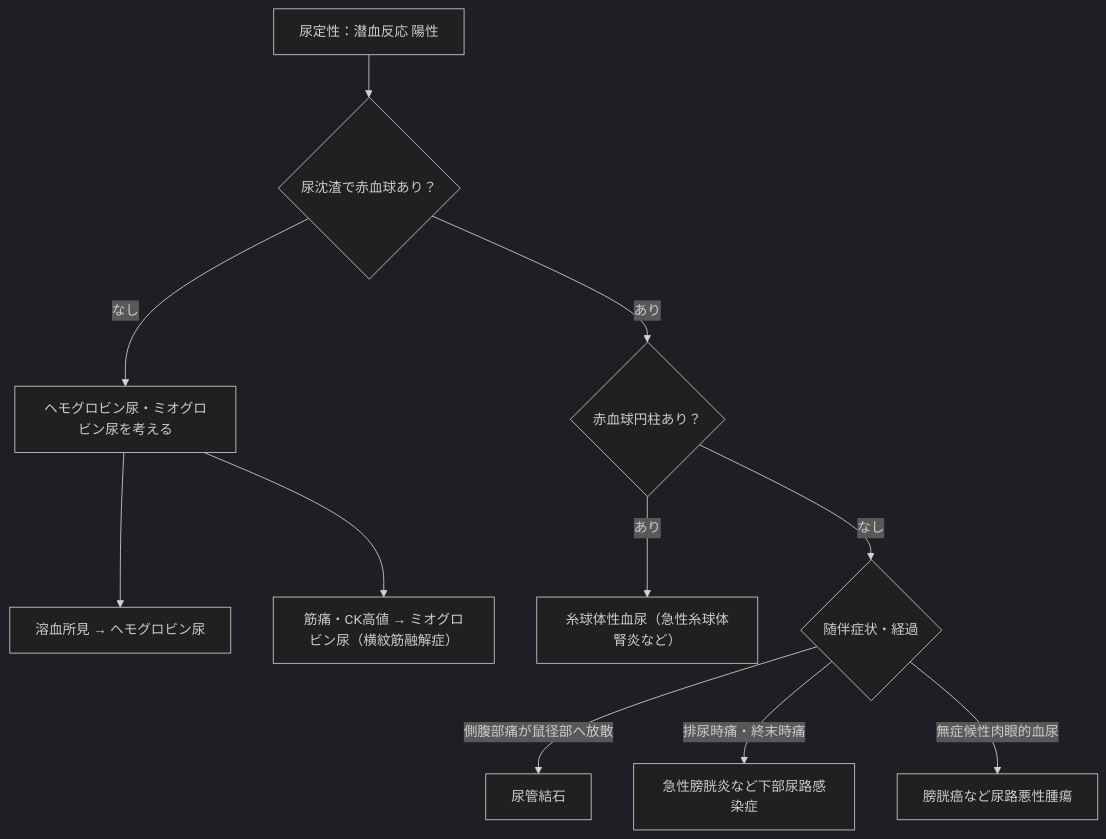
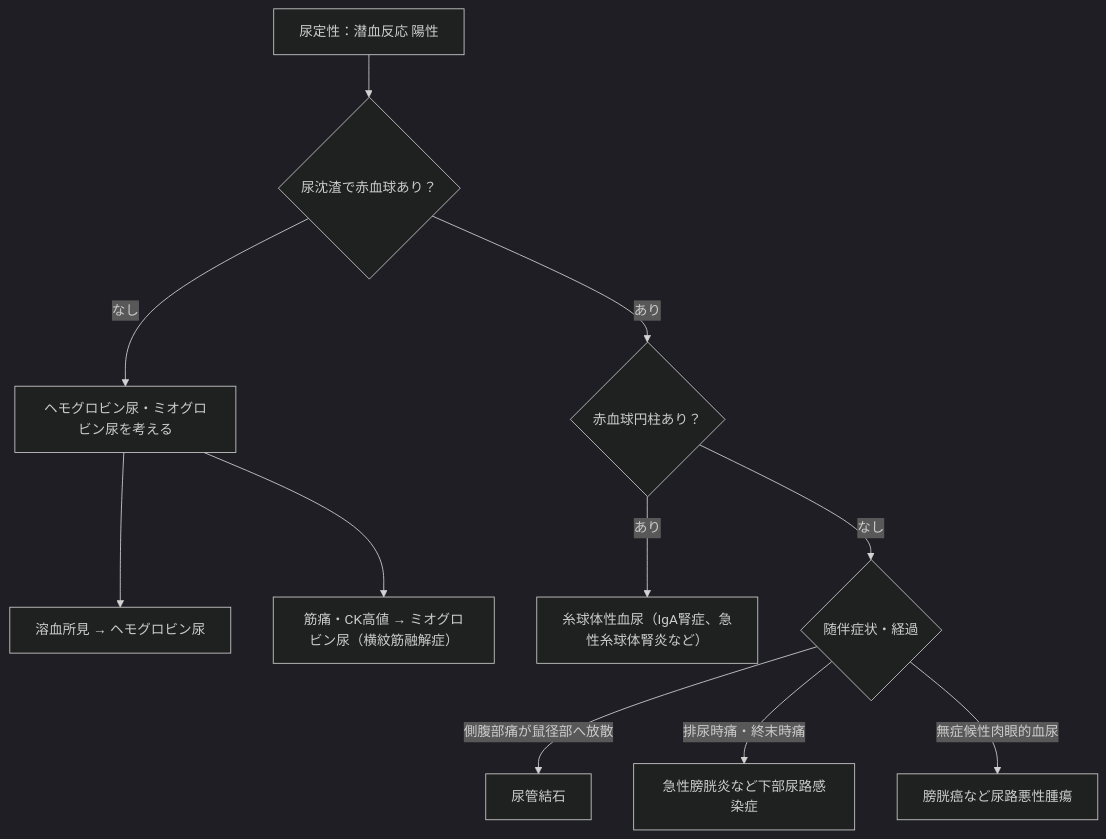
Before and after one commit to darutanya4350-dev/medicine: the diagram in 02_症候・診察/血尿の鑑別.md, drawn with Mermaid (dark theme). The commit also changed other lines of this file and 54 other files, not shown here.

````diff
--- a/02_症候・診察/血尿の鑑別.md
+++ b/02_症候・診察/血尿の鑑別.md
@@ -7,13 +7,13 @@
 ```mermaid
 flowchart TD
     A["尿定性：潜血反応 陽性"] --> B{"尿沈渣で赤血球あり？"}
     B -->|"なし"| C["ヘモグロビン尿・ミオグロビン尿を考える"]
     C --> D["溶血所見 → ヘモグロビン尿"]
     C --> E["筋痛・CK高値 → ミオグロビン尿（横紋筋融解症）"]
     B -->|"あり"| F{"赤血球円柱あり？"}
-    F -->|"あり"| G["糸球体性血尿（急性糸球体腎炎など）"]
+    F -->|"あり"| G["糸球体性血尿（IgA腎症、急性糸球体腎炎など）"]
     F -->|"なし"| H{"随伴症状・経過"}
     H -->|"側腹部痛が鼠径部へ放散"| I["尿管結石"]
     H -->|"排尿時痛・終末時痛"| J["急性膀胱炎など下部尿路感染症"]
     H -->|"無症候性肉眼的血尿"| K["膀胱癌など尿路悪性腫瘍"]
 ```
````
